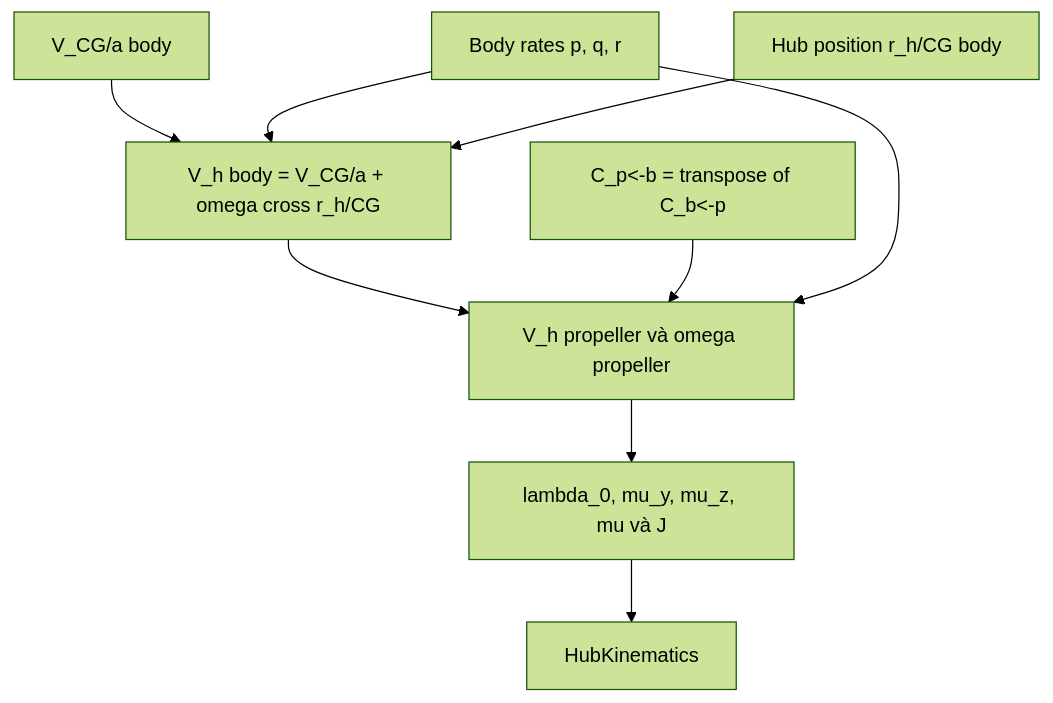
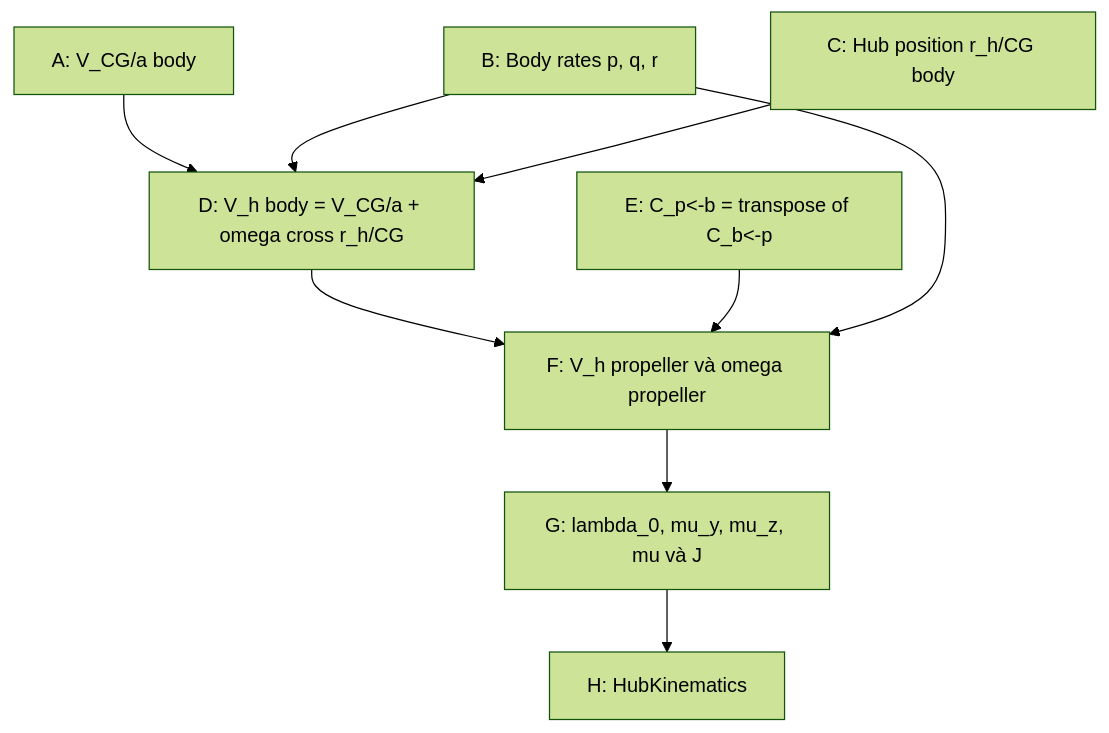
The fourth of 10 diagrams in docs/propeller/PROPELLER_V1_CALCULATION_FLOW.md (huynguyen2909/Navion-6DOF-12.09.26), drawn with Mermaid (forest theme) before and after one commit. The commit also changed other lines of this file, not shown here.

````diff
--- a/docs/propeller/PROPELLER_V1_CALCULATION_FLOW.md
+++ b/docs/propeller/PROPELLER_V1_CALCULATION_FLOW.md
@@ -326,19 +326,19 @@
 ```mermaid
 flowchart TD
-    A["V_CG/a body"]
-    B["Body rates p, q, r"]
-    C["Hub position r_h/CG body"]
-    D["V_h body = V_CG/a + omega cross r_h/CG"]
-    E["C_p<-b = transpose of C_b<-p"]
-    F["V_h propeller và omega propeller"]
-    G["lambda_0, mu_y, mu_z, mu và J"]
-    H["HubKinematics"]
+    A["A: V_CG/a body"]
+    B["B: Body rates p, q, r"]
+    C["C: Hub position r_h/CG body"]
+    D["D: V_h body = V_CG/a + omega cross r_h/CG"]
+    E["E: C_p<-b = transpose of C_b<-p"]
+    F["F: V_h propeller và omega propeller"]
+    G["G: lambda_0, mu_y, mu_z, mu và J"]
+    H["H: HubKinematics"]
 
     A --> D
     B --> D
     C --> D
     D --> F
     E --> F
     B --> F
     F --> G --> H
 ```
````
